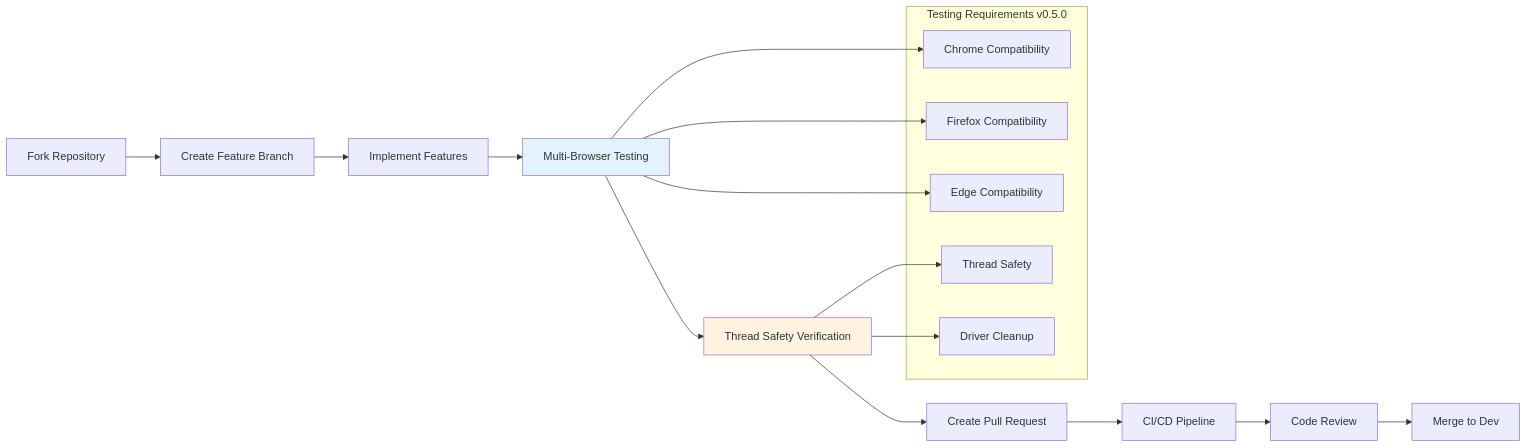
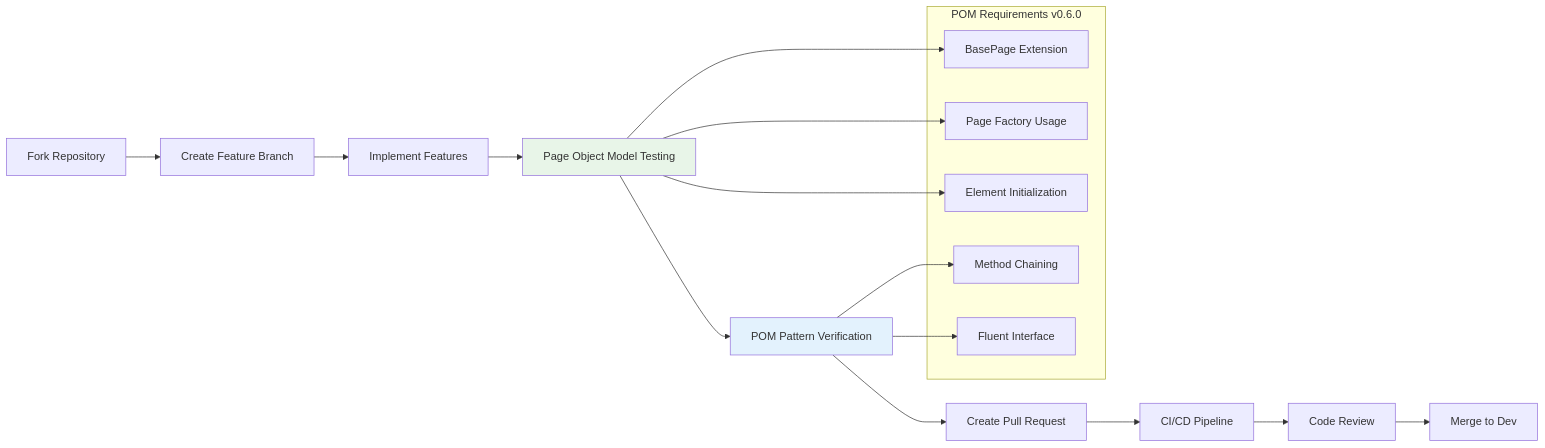
One commit to Anuj-Patiyal/hybrid-framework changed diagram 12 of 12 in README.md. Above: the diagram before and after it, drawn with Mermaid. The commit also changed other lines of this file and 8 other files, not shown here.

First line of the commit message:
🎯 [RELEASE] 🚀 v0.6.0 - Page Object Model Release (#33)

````diff
--- a/README.md
+++ b/README.md
@@ -555,28 +579,28 @@
 ```mermaid
 flowchart LR
     A[Fork Repository] --> B[Create Feature Branch]
     B --> C[Implement Features]
-    C --> D[Multi-Browser Testing]
-    D --> E[Thread Safety Verification]
+    C --> D[Page Object Model Testing]
+    D --> E[POM Pattern Verification]
     E --> F[Create Pull Request]
     F --> G[CI/CD Pipeline]
     G --> H[Code Review]
     H --> I[Merge to Dev]
     
-    subgraph "Testing Requirements v0.5.0"
-        T1[Chrome Compatibility]
-        T2[Firefox Compatibility]
-        T3[Edge Compatibility]
-        T4[Thread Safety]
-        T5[Driver Cleanup]
+    subgraph "POM Requirements v0.6.0"
+        T1[BasePage Extension]
+        T2[Page Factory Usage]
+        T3[Element Initialization]
+        T4[Method Chaining]
+        T5[Fluent Interface]
     end
     
     D --> T1
     D --> T2
     D --> T3
     E --> T4
     E --> T5
     
-    style D fill:#e3f2fd
-    style E fill:#fff3e0
+    style D fill:#e8f5e8
+    style E fill:#e3f2fd
 ```
````
